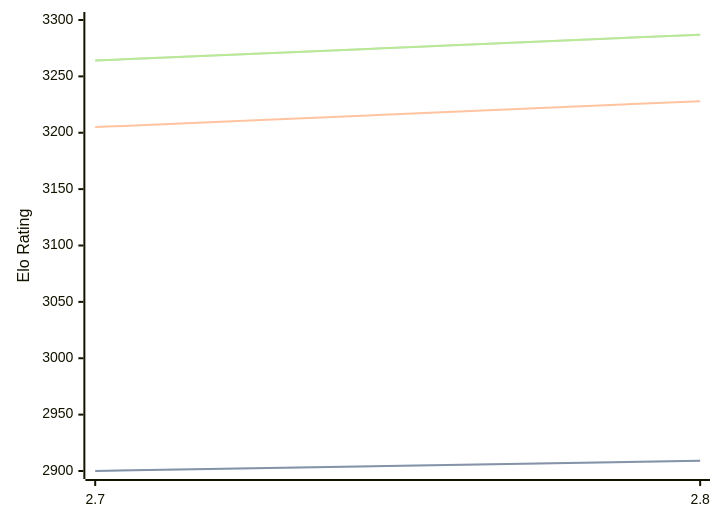
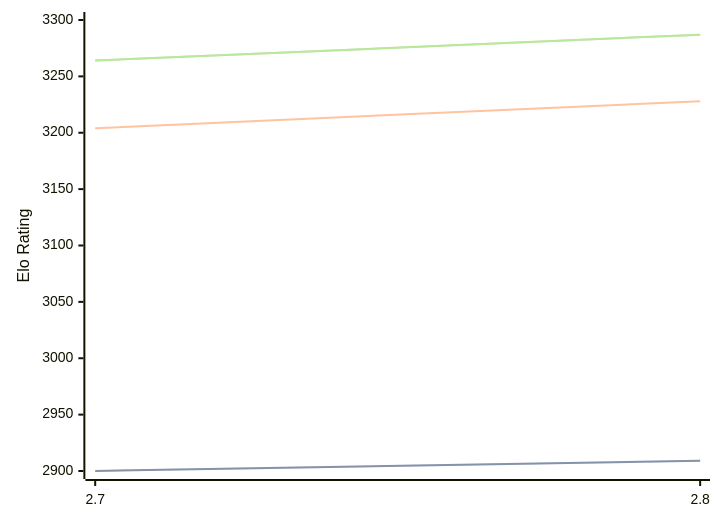
Before and after one commit to computer-chess-index/cci: the diagram in engines/Arcanum.md, drawn with Mermaid. The commit also changed other lines of this file, not shown here.

````diff
--- a/engines/Arcanum.md
+++ b/engines/Arcanum.md
@@ -32,11 +32,11 @@
 ```mermaid
 %%{init: {"theme":"base","themeVariables":{"seriesColors:['#a3a3a3','#222221','#faa371']}}}%%
 xychart-beta
   x-axis ["2.7", "2.8"]
   y-axis "Elo Rating" 2900 --> 3300
   line "" [2900, 2909]
   line "STC (8.0+0.08s)" [2900, 2909]
-  line "LTC (60.0+0.60s)" [3205, 3228]
+  line "LTC (60.0+0.60s)" [3204, 3228]
   line "" [3264, 3287]
   line "VLTC (2m24s+1.12s)" [3264, 3287]
 ```
````
